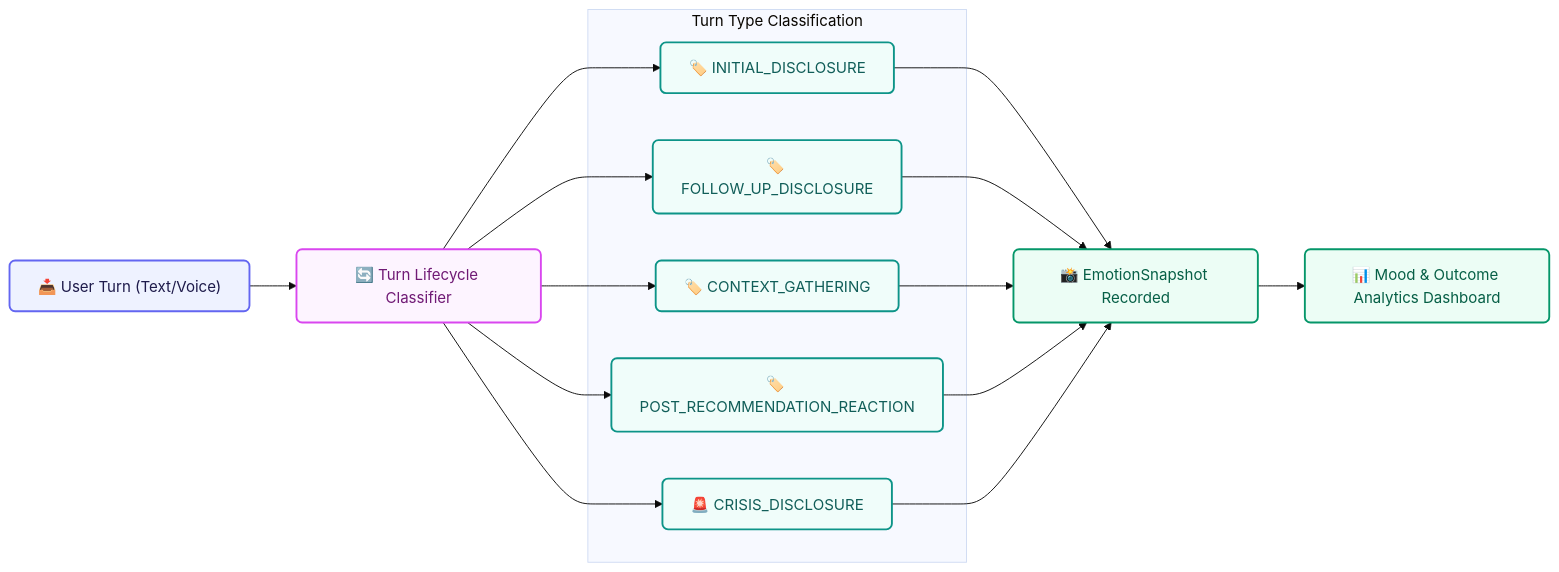
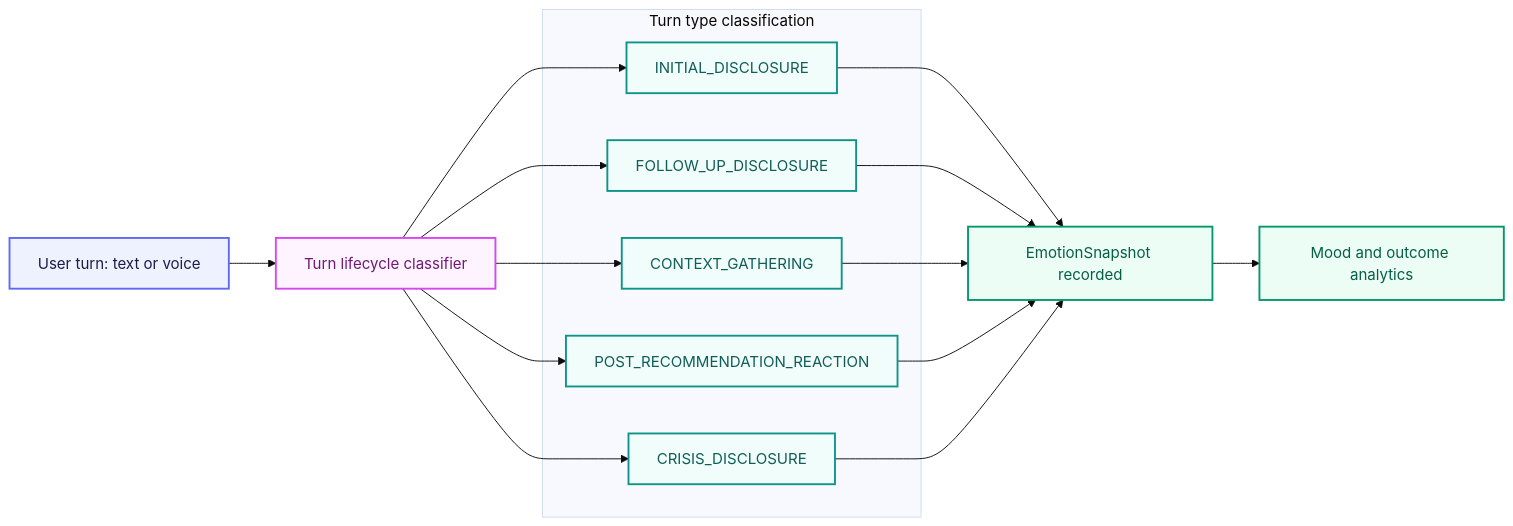
One commit to taha-mehmood-03/Personlaized-Trainer-Using-Agentic-AI changed the ninth of 20 diagrams in README.md. Above: the diagram before and after it, drawn with Mermaid (base theme). The commit also changed other lines of this file, not shown here.

````diff
--- a/README.md
+++ b/README.md
@@ -888,37 +720,25 @@
 ```mermaid
 flowchart LR
-    %% Class Definitions
-    classDef input fill:#EEF2FF,stroke:#6366F1,stroke-width:2px,color:#1E1B4B,rx:6px,ry:6px;
-    classDef node fill:#FDF4FF,stroke:#D946EF,stroke-width:2px,color:#701A75,rx:6px,ry:6px;
-    classDef type fill:#F0FDFA,stroke:#0D9488,stroke-width:2px,color:#115E59,rx:6px,ry:6px;
-    classDef output fill:#ECFDF5,stroke:#059669,stroke-width:2px,color:#065F46,rx:6px,ry:6px;
+    classDef input fill:#EEF2FF,stroke:#6366F1,stroke-width:2px,color:#1E1B4B;
+    classDef node fill:#FDF4FF,stroke:#D946EF,stroke-width:2px,color:#701A75;
+    classDef type fill:#F0FDFA,stroke:#0D9488,stroke-width:2px,color:#115E59;
+    classDef output fill:#ECFDF5,stroke:#059669,stroke-width:2px,color:#065F46;
 
-    UserTurn["📥 User Turn (Text/Voice)"]:::input
-    Lifecycle["🔄 Turn Lifecycle Classifier"]:::node
-    
-    subgraph TurnTypes["Turn Type Classification"]
-        Initial["🏷️ INITIAL_DISCLOSURE"]:::type
-        FollowUp["🏷️ FOLLOW_UP_DISCLOSURE"]:::type
-        Context["🏷️ CONTEXT_GATHERING"]:::type
-        Reaction["🏷️ POST_RECOMMENDATION_REACTION"]:::type
-        CrisisTurn["🚨 CRISIS_DISCLOSURE"]:::type
+    UserTurn["User turn: text or voice"]:::input
+    Lifecycle["Turn lifecycle classifier"]:::node
+
+    subgraph TurnTypes["Turn type classification"]
+        Initial["INITIAL_DISCLOSURE"]:::type
+        FollowUp["FOLLOW_UP_DISCLOSURE"]:::type
+        Context["CONTEXT_GATHERING"]:::type
+        Reaction["POST_RECOMMENDATION_REACTION"]:::type
+        CrisisTurn["CRISIS_DISCLOSURE"]:::type
     end
-    
-    Snapshot["📸 EmotionSnapshot Recorded"]:::output
-    Dashboard["📊 Mood & Outcome Analytics Dashboard"]:::output
+
+    Snapshot["EmotionSnapshot recorded"]:::output
+    Dashboard["Mood and outcome analytics"]:::output
 
     UserTurn --> Lifecycle
-    Lifecycle --> Initial
-    Lifecycle --> FollowUp
-    Lifecycle --> Context
-    Lifecycle --> Reaction
-    Lifecycle --> CrisisTurn
-    
-    Initial --> Snapshot
-    FollowUp --> Snapshot
-    Context --> Snapshot
-    Reaction --> Snapshot
-    CrisisTurn --> Snapshot
-    
-    Snapshot --> Dashboard
+    Lifecycle --> Initial & FollowUp & Context & Reaction & CrisisTurn
+    Initial & FollowUp & Context & Reaction & CrisisTurn --> Snapshot --> Dashboard
 ```
````
